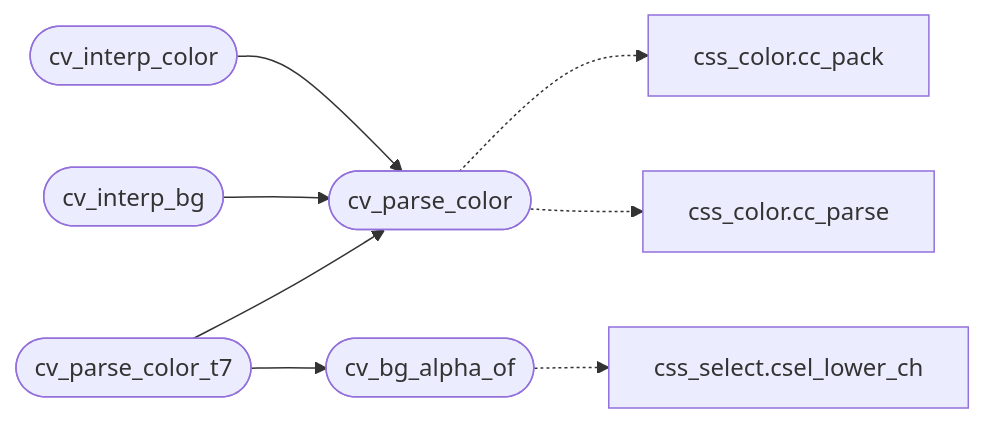
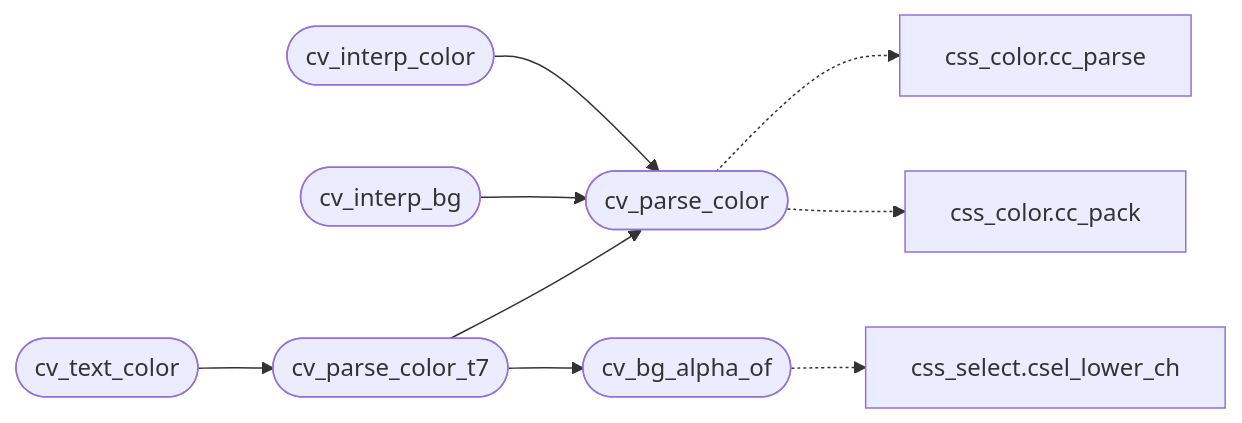
The diagram in readmenator-apidocs/modules/src.css_values.c.md (grisuno/FreeDom), drawn with Mermaid before and after one commit. The commit also changed other lines of this file and 262 other files, not shown here.

````diff
--- a/readmenator-apidocs/modules/src.css_values.c.md
+++ b/readmenator-apidocs/modules/src.css_values.c.md
@@ -13,18 +13,20 @@
 ```mermaid
 flowchart LR
     n_src_css_values_c__cv_interp_color(["cv_interp_color"])
     n_src_css_values_c__cv_parse_color(["cv_parse_color"])
     n_src_css_values_c__cv_interp_bg(["cv_interp_bg"])
     n_src_css_values_c__cv_parse_color_t7(["cv_parse_color_t7"])
     n_src_css_values_c__cv_bg_alpha_of(["cv_bg_alpha_of"])
+    n_src_css_values_c__cv_text_color(["cv_text_color"])
     n_include_css_color_h__cc_pack["css_color.cc_pack"]
     n_src_css_color_c__cc_parse["css_color.cc_parse"]
     n_include_css_select_h__csel_lower_ch["css_select.csel_lower_ch"]
     n_src_css_values_c__cv_interp_color --> n_src_css_values_c__cv_parse_color
     n_src_css_values_c__cv_interp_bg --> n_src_css_values_c__cv_parse_color
     n_src_css_values_c__cv_parse_color_t7 --> n_src_css_values_c__cv_bg_alpha_of
     n_src_css_values_c__cv_parse_color_t7 --> n_src_css_values_c__cv_parse_color
+    n_src_css_values_c__cv_text_color --> n_src_css_values_c__cv_parse_color_t7
     n_src_css_values_c__cv_parse_color -.-> n_include_css_color_h__cc_pack
     n_src_css_values_c__cv_parse_color -.-> n_src_css_color_c__cc_parse
     n_src_css_values_c__cv_bg_alpha_of -.-> n_include_css_select_h__csel_lower_ch
 ```
````
